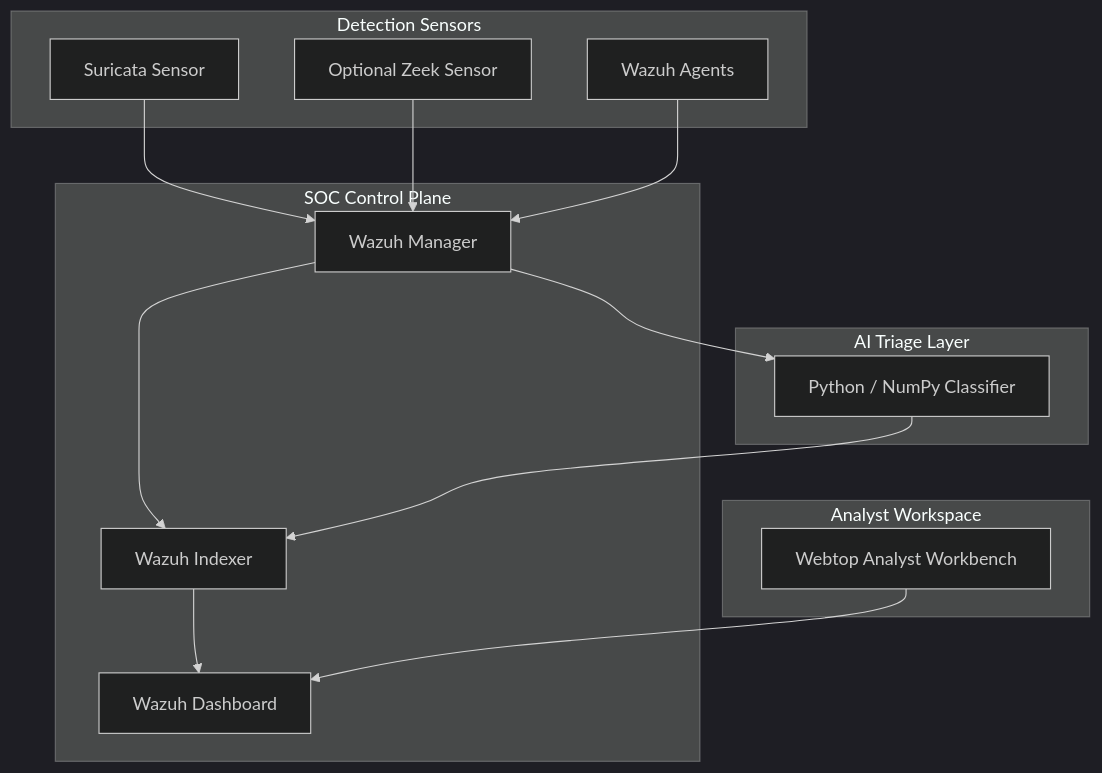
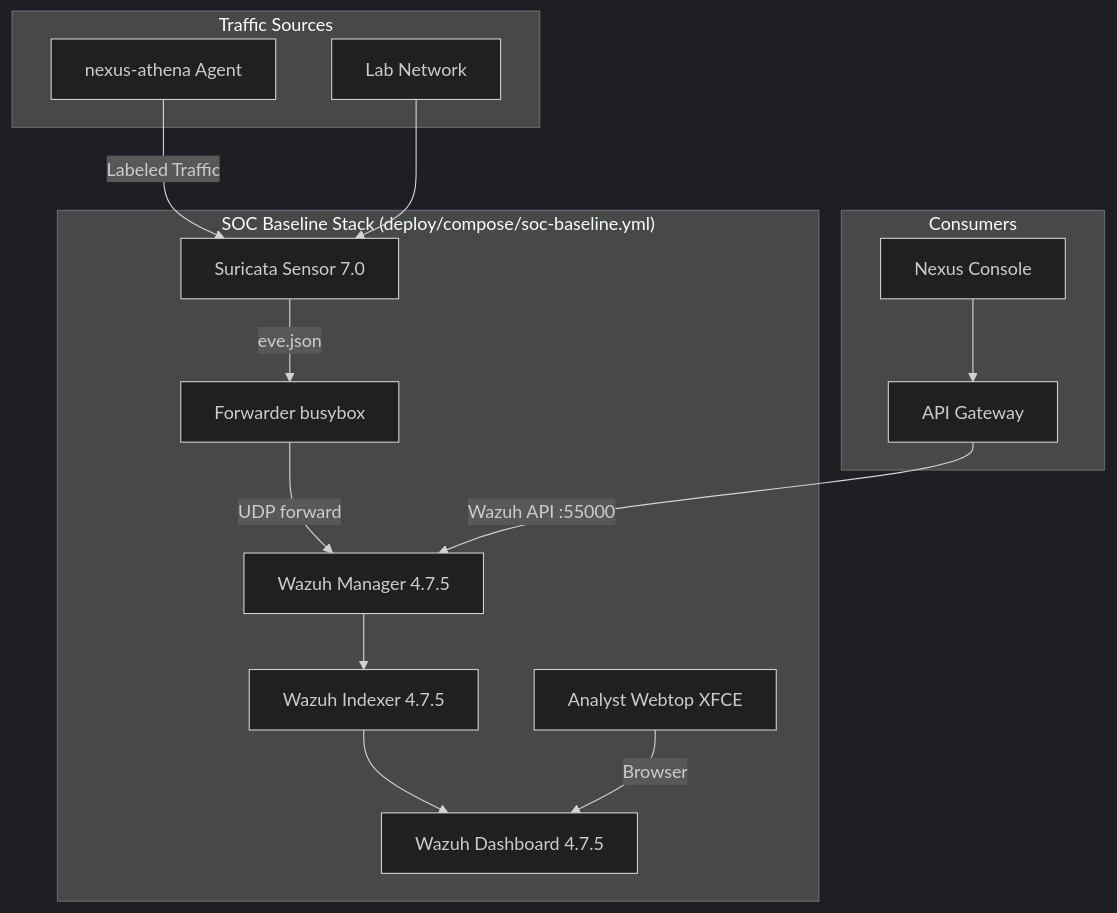
One commit to acald-creator/nexus-webtop-soc changed the diagram in architecture.md. Above: the diagram before and after it, drawn with Mermaid (dark theme). The commit also changed other lines of this file and 2 other files, not shown here.

First line of the commit message:
docs: rewrite README, architecture, and add ROADMAP

````diff
--- a/architecture.md
+++ b/architecture.md
@@ -29,31 +7,31 @@
 ```mermaid
 graph TD
-    subgraph "Analyst Workspace"
-        W[Webtop Analyst Workbench]
+    subgraph "SOC Baseline Stack (deploy/compose/soc-baseline.yml)"
+        M[Wazuh Manager 4.7.5]
+        I[Wazuh Indexer 4.7.5]
+        D[Wazuh Dashboard 4.7.5]
+        S[Suricata Sensor 7.0]
+        F[Forwarder busybox]
+        W[Analyst Webtop XFCE]
     end
 
-    subgraph "SOC Control Plane"
-        M[Wazuh Manager]
-        I[Wazuh Indexer]
-        D[Wazuh Dashboard]
+    subgraph "Traffic Sources"
+        Athena[nexus-athena Agent]
+        Lab[Lab Network]
     end
 
-    subgraph "Detection Sensors"
-        S[Suricata Sensor]
-        Z[Optional Zeek Sensor]
-        A[Wazuh Agents]
+    subgraph "Consumers"
+        GW[API Gateway]
+        Console[Nexus Console]
     end
 
-    subgraph "AI Triage Layer"
-        N[Python / NumPy Classifier]
-    end
-
-    S --> M
-    Z --> M
-    A --> M
+    Athena -->|Labeled Traffic| S
+    Lab --> S
+    S -->|eve.json| F
+    F -->|UDP forward| M
     M --> I
     I --> D
-    M --> N
-    N --> I
-    W --> D
+    GW -->|Wazuh API :55000| M
+    Console --> GW
+    W -->|Browser| D
 ```
````
